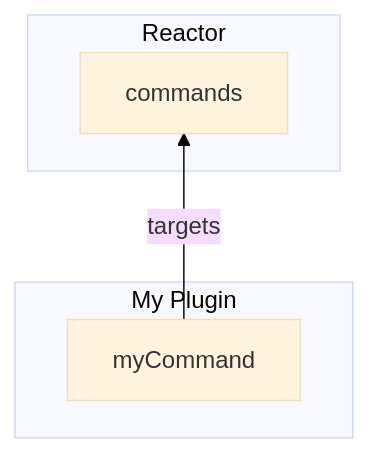
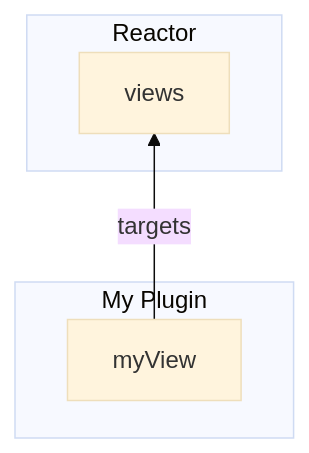
Before and after one commit to datalayer/reactor: the third of 7 diagrams in docs/docs/overview/architecture.md, drawn with Mermaid (base theme). The commit also changed other lines of this file and 112 other files, not shown here.

````diff
--- a/docs/docs/overview/architecture.md
+++ b/docs/docs/overview/architecture.md
@@ -51,10 +53,10 @@
 ```mermaid
 flowchart BT
   subgraph plugin["My Plugin"]
-    mycommand["myCommand"]
+    myview["myView"]
   end
   subgraph reactor["Reactor"]
-    commands["commands"]
+    views["views"]
   end
-  mycommand -->|targets| commands
+  myview -->|targets| views
 ```
````
